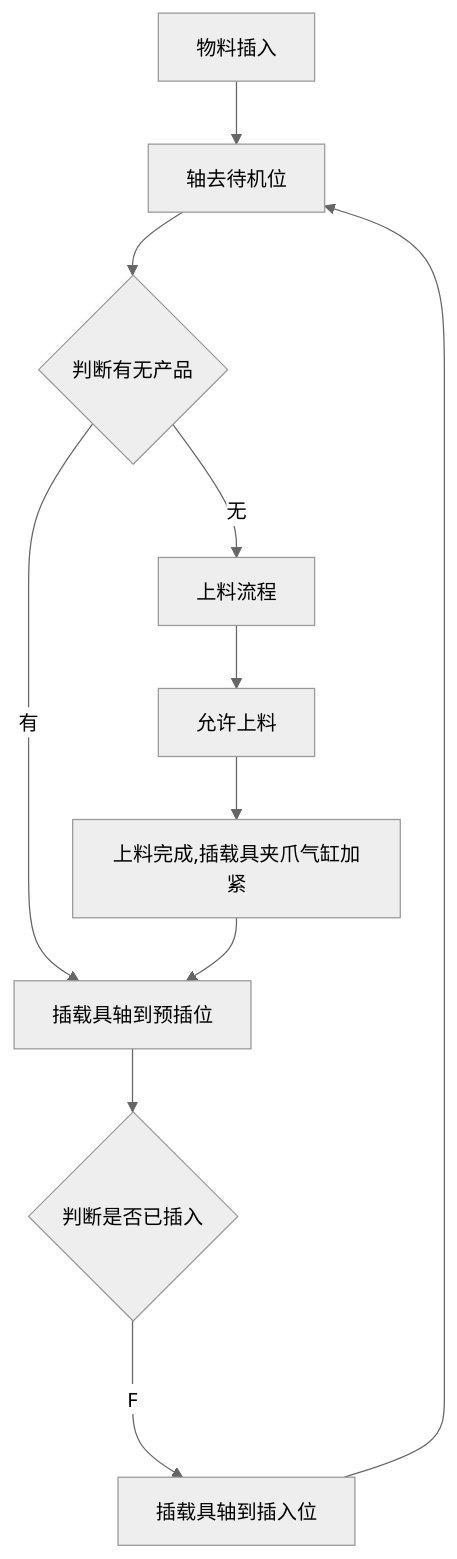
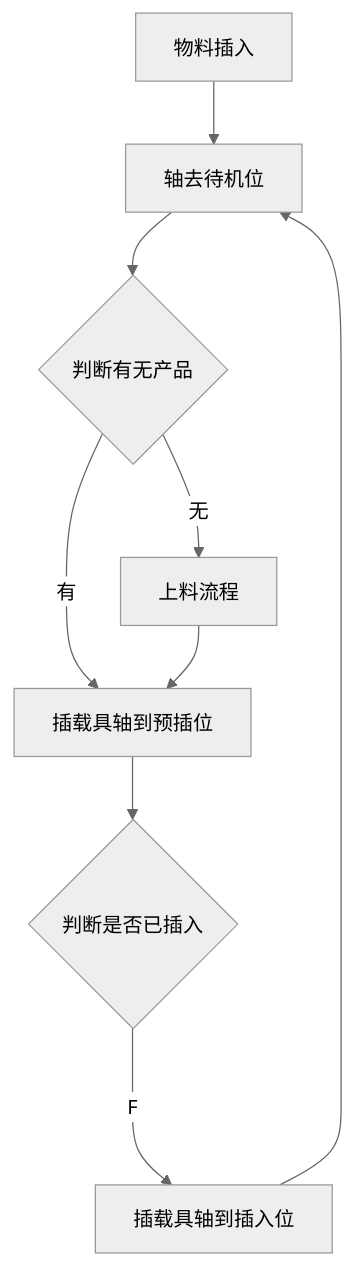
Before and after one commit to zmq000/iodraw-files: the diagram in all/VR-OP90物料插入.md, drawn with Mermaid (neutral theme).

Commit message:
2026-06-18 16:04:23 update

````diff
--- a/all/VR-OP90物料插入.md
+++ b/all/VR-OP90物料插入.md
@@ -1,13 +1,11 @@
 ```mermaid
 graph TD
 0[物料插入]-->10
 10[轴去待机位]-->20
 20{判断有无产品}-->|无|30
 20--->|有|60
-30[上料流程]-->40
-40[允许上料]-->50
-50[上料完成,插载具夹爪气缸加紧]-->60
+30[上料流程]-->60
 60[插载具轴到预插位]-->70
 70{判断是否已插入}--->|F|80
 80[插载具轴到插入位]-->10
 ```
````
